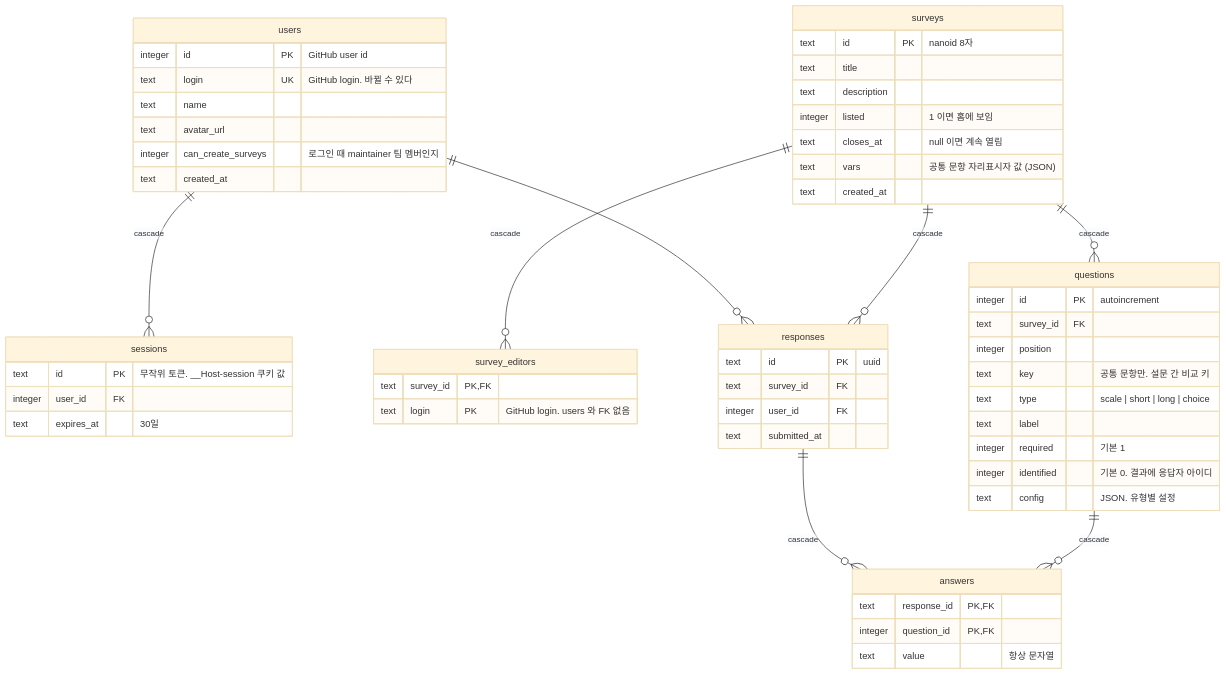
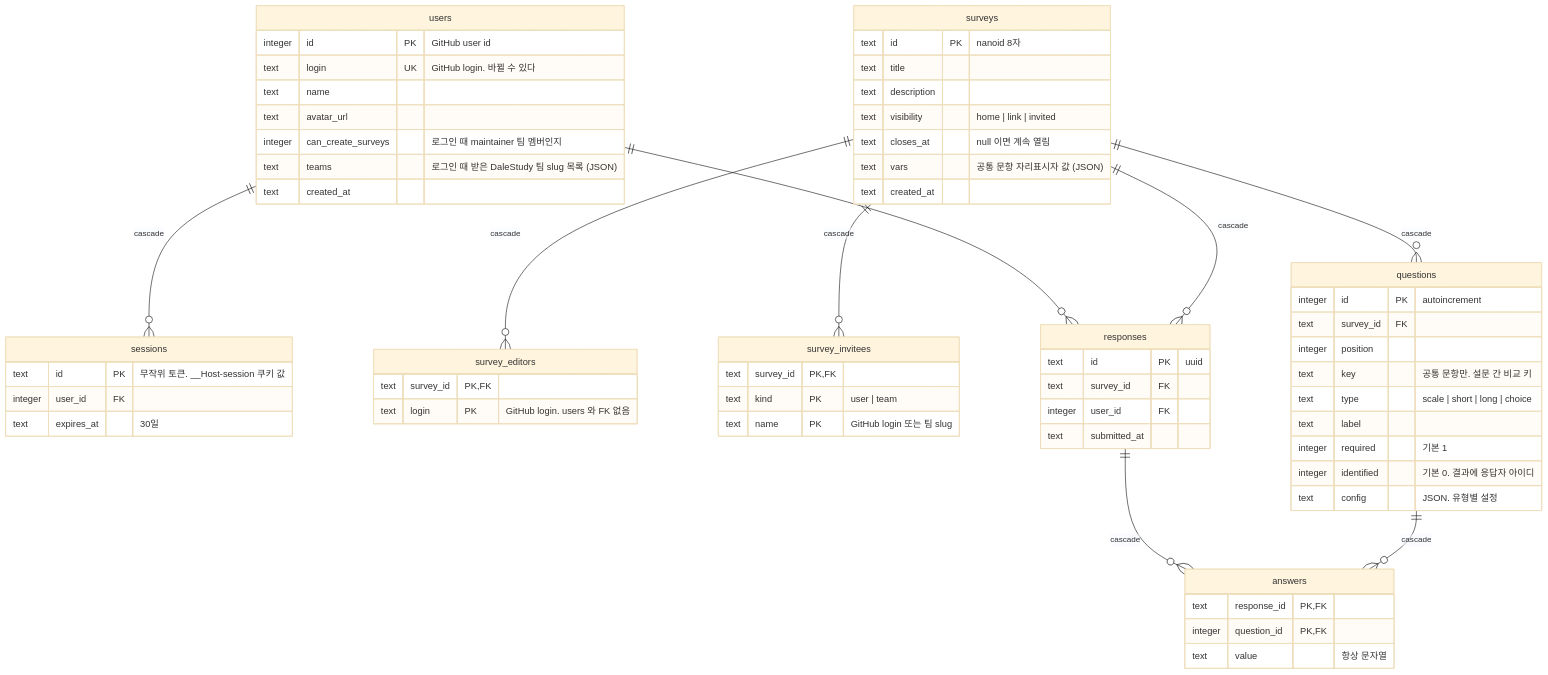
One commit to DaleStudy/feedback changed the diagram in docs/database.md. Above: the diagram before and after it, drawn with Mermaid (base theme). The commit also changed other lines of this file and 22 other files, not shown here.

Commit message:
feat: target surveys to people and GitHub teams

````diff
--- a/docs/database.md
+++ b/docs/database.md
@@ -5,59 +5,66 @@
 ```mermaid
 erDiagram
     users {
         integer id PK "GitHub user id"
         text login UK "GitHub login. 바뀔 수 있다"
         text name
         text avatar_url
         integer can_create_surveys "로그인 때 maintainer 팀 멤버인지"
+        text teams "로그인 때 받은 DaleStudy 팀 slug 목록 (JSON)"
         text created_at
     }
     sessions {
         text id PK "무작위 토큰. __Host-session 쿠키 값"
         integer user_id FK
         text expires_at "30일"
     }
     surveys {
         text id PK "nanoid 8자"
         text title
         text description
-        integer listed "1 이면 홈에 보임"
+        text visibility "home | link | invited"
         text closes_at "null 이면 계속 열림"
         text vars "공통 문항 자리표시자 값 (JSON)"
         text created_at
     }
     survey_editors {
         text survey_id PK, FK
         text login PK "GitHub login. users 와 FK 없음"
+    }
+    survey_invitees {
+        text survey_id PK, FK
+        text kind PK "user | team"
+        text name PK "GitHub login 또는 팀 slug"
     }
     questions {
         integer id PK "autoincrement"
         text survey_id FK
         integer position
         text key "공통 문항만. 설문 간 비교 키"
         text type "scale | short | long | choice"
         text label
         integer required "기본 1"
         integer identified "기본 0. 결과에 응답자 아이디"
         text config "JSON. 유형별 설정"
     }
     responses {
         text id PK "uuid"
         text survey_id FK
         integer user_id FK
         text submitted_at
     }
     answers {
         text response_id PK, FK
         integer question_id PK, FK
         text value "항상 문자열"
     }
 
     users ||--o{ sessions : "cascade"
     users ||--o{ responses : ""
     surveys ||--o{ survey_editors : "cascade"
+    surveys ||--o{ survey_invitees : "cascade"
     surveys ||--o{ questions : "cascade"
     surveys ||--o{ responses : "cascade"
     responses ||--o{ answers : "cascade"
     questions ||--o{ answers : "cascade"
 ```
````
